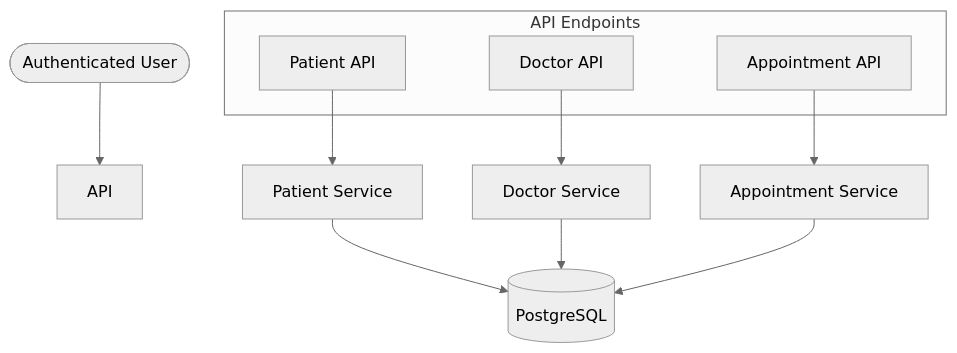
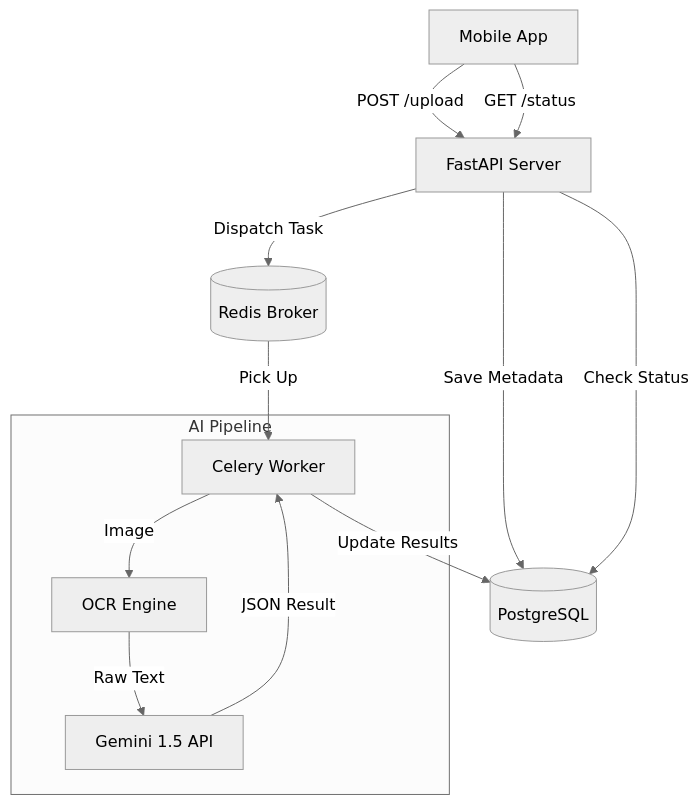
The diagram in .artifacts/4dc8775b-7ddf-49a0-b4e6-8fda79cbdfec/implementation_plan.artifact.md (KotlinFiroj/Ai-HealthCare-App), drawn with Mermaid (neutral theme) before and after one commit. The commit also changed other lines of this file and 11 other files, not shown here.

Commit message:
Implement Phase 24: OCR & AI Services; introduce asynchronous processing for medical documents using Celery and Redis; add AI-driven analysis with Gemini 1.5; create new API endpoints for report uploads and status checks; update infrastructure with a dedicated worker service.

````diff
--- a/.artifacts/4dc8775b-7ddf-49a0-b4e6-8fda79cbdfec/implementation_plan.artifact.md
+++ b/.artifacts/4dc8775b-7ddf-49a0-b4e6-8fda79cbdfec/implementation_plan.artifact.md
@@ -59,18 +53,17 @@
 ```mermaid
 graph TD
-    User([Authenticated User]) --> API
+    User[Mobile App] -->|POST /upload| API[FastAPI Server]
+    API -->|Save Metadata| DB[(PostgreSQL)]
+    API -->|Dispatch Task| Redis[(Redis Broker)]
+    Redis -->|Pick Up| Worker[Celery Worker]
 
-    subgraph API Endpoints
-        P[Patient API]
-        D[Doctor API]
-        A[Appointment API]
+    subgraph AI Pipeline
+        Worker -->|Image| OCR[OCR Engine]
+        OCR -->|Raw Text| Gemini[Gemini 1.5 API]
+        Gemini -->|JSON Result| Worker
     end
 
-    P --> PS[Patient Service]
-    D --> DS[Doctor Service]
-    A --> AS[Appointment Service]
-
-    PS --> DB[(PostgreSQL)]
-    DS --> DB
-    AS --> DB
+    Worker -->|Update Results| DB
+    User -->|GET /status| API
+    API -->|Check Status| DB
 ```
````
